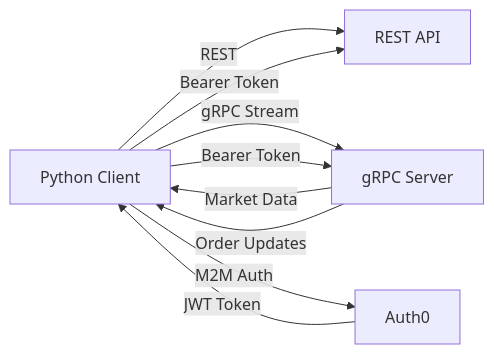
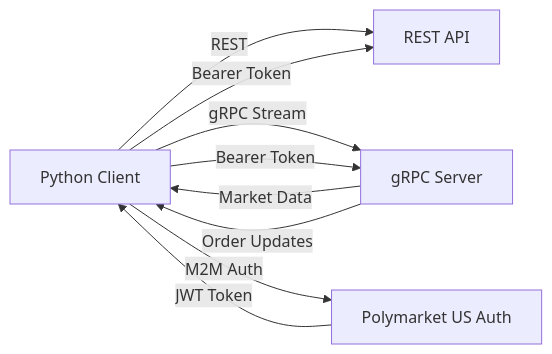
Before and after one commit to chrisr-a11y/docs: the diagram in streaming-endpoints/grpc-overview.mdx, drawn with Mermaid. The commit also changed other lines of this file and 15 other files, not shown here.

````diff
--- a/streaming-endpoints/grpc-overview.mdx
+++ b/streaming-endpoints/grpc-overview.mdx
@@ -113,11 +113,11 @@
 ```mermaid
 graph LR
     A[Python Client] -->|REST| B[REST API]
     A -->|gRPC Stream| C[gRPC Server]
-    A -->|M2M Auth| D[Auth0]
+    A -->|M2M Auth| D[Polymarket US Auth]
     D -->|JWT Token| A
     A -->|Bearer Token| B
     A -->|Bearer Token| C
     C -->|Market Data| A
     C -->|Order Updates| A
 ```
````
